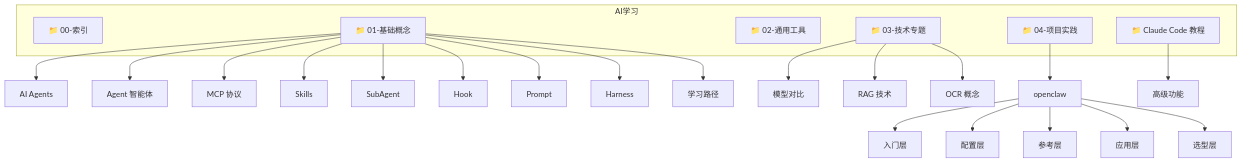
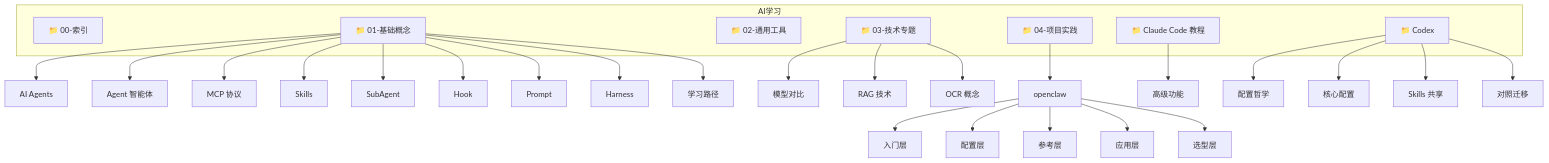
One commit to Treasoni/Study-Notes changed the diagram in AI学习/00-索引/AI学习 MOC.md. Above: the diagram before and after it, drawn with Mermaid. The commit also changed other lines of this file and 20 other files, not shown here.

````diff
--- a/AI学习/00-索引/AI学习 MOC.md
+++ b/AI学习/00-索引/AI学习 MOC.md
@@ -17,34 +17,40 @@
 ```mermaid
 graph TB
     subgraph AI学习
         Index[📁 00-索引]
         Basics[📁 01-基础概念]
         Tools[📁 02-通用工具]
         Topics[📁 03-技术专题]
         Projects[📁 04-项目实践]
         Claude[📁 Claude Code 教程]
+        CodexNode[📁 Codex]
     end
 
     Basics --> A1[AI Agents]
     Basics --> A2[Agent 智能体]
     Basics --> A3[MCP 协议]
     Basics --> A4[Skills]
     Basics --> A5[SubAgent]
     Basics --> A6[Hook]
     Basics --> A7[Prompt]
     Basics --> A8[Harness]
     Basics --> A9[学习路径]
 
     Topics --> T1[模型对比]
     Topics --> T2[RAG 技术]
     Topics --> T3[OCR 概念]
 
     Projects --> OC[openclaw]
     OC --> OC1[入门层]
     OC --> OC2[配置层]
     OC --> OC3[参考层]
     OC --> OC4[应用层]
     OC --> OC5[选型层]
 
     Claude --> C1[高级功能]
+
+    CodexNode --> CX1[配置哲学]
+    CodexNode --> CX2[核心配置]
+    CodexNode --> CX3[Skills 共享]
+    CodexNode --> CX4[对照迁移]
 ```
````
